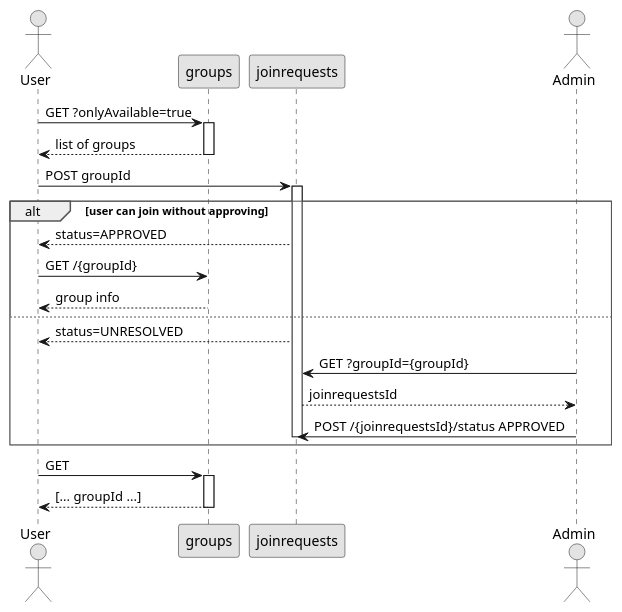
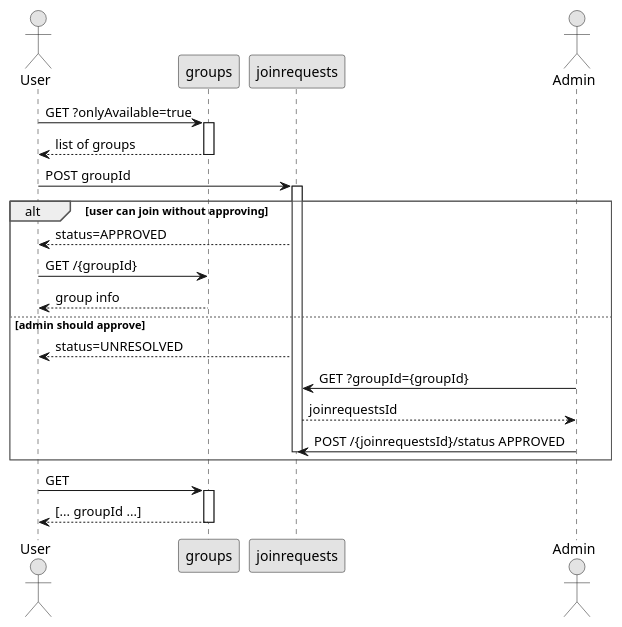
The diagram in docs/dev/invite.puml (leonidv/ideaelection), drawn with PlantUML before and after one commit. The commit also changed 3 other files, not shown here.

```diff
--- a/docs/dev/invite.puml
+++ b/docs/dev/invite.puml
@@ -1,42 +1,42 @@
 @startuml
 
 skinparam monochrome true
 skinparam shadowing false
 
 skinparam Sequence {
     GroupBorderColor #ff0f0f
     GroupShadow false
     GroupBorderThickness 1
     GroupHeaderFontStyle normal
     GroupBodyBackgroundColor white
 }
 
 
 actor User
 User -> "groups" : GET ?onlyAvailable=true
 activate "groups"
 User <-- "groups" : list of groups
 deactivate "groups"
 
 User -> "joinrequests" : POST groupId
 activate "joinrequests"
 
 alt user can join without approving
     User <-- "joinrequests" : status=APPROVED
     User ->  "groups"  : GET /{groupId}
     User <-- "groups" : group info
-else
+else admin should approve
     User <-- "joinrequests" : status=UNRESOLVED
     actor Admin
     Admin ->  "joinrequests" : GET ?groupId={groupId}
     Admin <-- "joinrequests" : joinrequestsId
     Admin ->  "joinrequests" : POST /{joinrequestsId}/status APPROVED
     deactivate "joinrequests"
 end
 
 User -> "groups" : GET
 activate "groups"
 User <-- "groups" : [... groupId ...]
 deactivate "groups"
 
 @enduml
```
